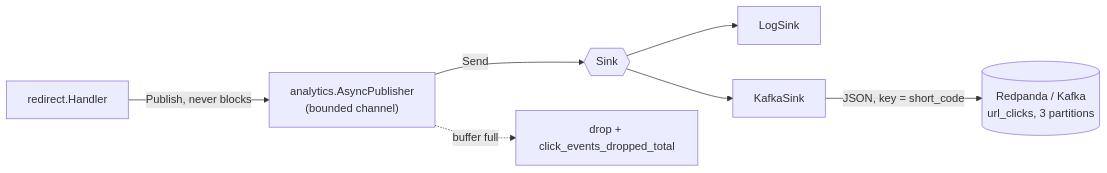
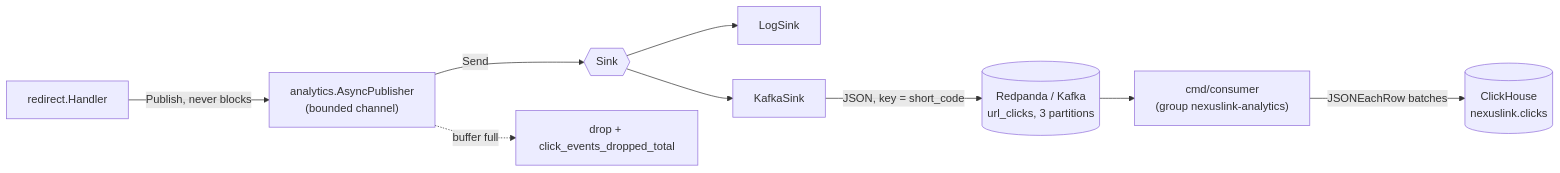
One commit to JathinShyam/NexusLink changed the second of 3 diagrams in docs/architecture/README.md. Above: the diagram before and after it, drawn with Mermaid. The commit also changed other lines of this file and 15 other files, not shown here.

First line of the commit message:
feat(analytics): add Kafka consumer and ClickHouse batch writes

````diff
--- a/docs/architecture/README.md
+++ b/docs/architecture/README.md
@@ -59,9 +59,11 @@
 ```mermaid
 flowchart LR
     RED[redirect.Handler] -->|Publish, never blocks| AP["analytics.AsyncPublisher<br/>(bounded channel)"]
     AP -->|Send| Sink{{Sink}}
     Sink --> Log[LogSink]
     Sink --> K[KafkaSink]
     K -->|JSON, key = short_code| Kafka[(Redpanda / Kafka<br/>url_clicks, 3 partitions)]
+    Kafka --> C["cmd/consumer<br/>(group nexuslink-analytics)"]
+    C -->|JSONEachRow batches| CH[(ClickHouse<br/>nexuslink.clicks)]
     AP -.->|buffer full| Drop[drop + click_events_dropped_total]
 ```
````
